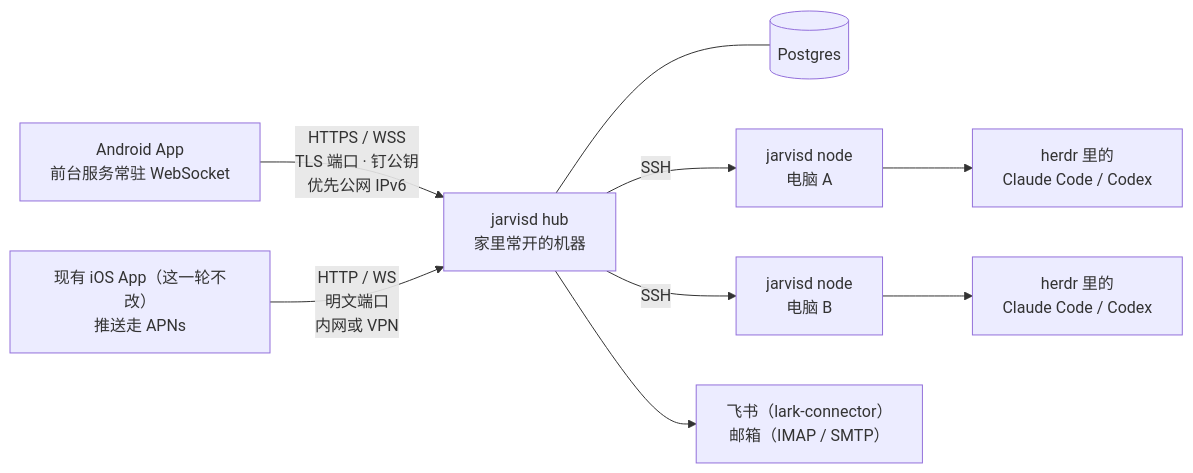
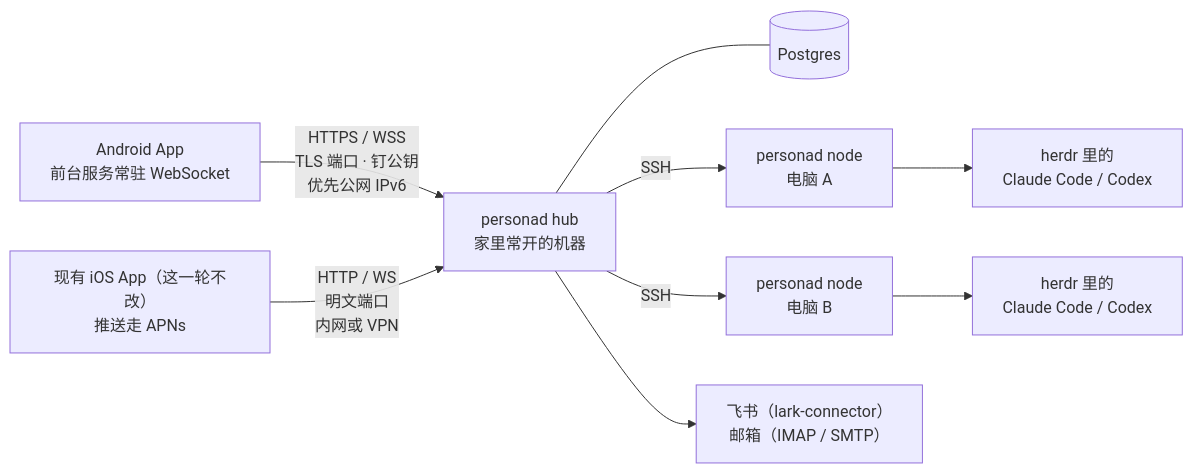
Before and after one commit to 413180794/persona: the first of 15 diagrams in docs/redesign/flows.md, drawn with Mermaid. The commit also changed other lines of this file and 99 other files, not shown here.

````diff
--- a/docs/redesign/flows.md
+++ b/docs/redesign/flows.md
@@ -31,11 +31,11 @@
 ```mermaid
 flowchart LR
-  A["Android App<br/>前台服务常驻 WebSocket"] -- "HTTPS / WSS<br/>TLS 端口 · 钉公钥<br/>优先公网 IPv6" --> H["jarvisd hub<br/>家里常开的机器"]
+  A["Android App<br/>前台服务常驻 WebSocket"] -- "HTTPS / WSS<br/>TLS 端口 · 钉公钥<br/>优先公网 IPv6" --> H["personad hub<br/>家里常开的机器"]
   I["现有 iOS App（这一轮不改）<br/>推送走 APNs"] -- "HTTP / WS<br/>明文端口<br/>内网或 VPN" --> H
   H --- P[("Postgres")]
-  H -- "SSH" --> N1["jarvisd node<br/>电脑 A"]
-  H -- "SSH" --> N2["jarvisd node<br/>电脑 B"]
+  H -- "SSH" --> N1["personad node<br/>电脑 A"]
+  H -- "SSH" --> N2["personad node<br/>电脑 B"]
   N1 --> C1["herdr 里的<br/>Claude Code / Codex"]
   N2 --> C2["herdr 里的<br/>Claude Code / Codex"]
   H --> X["飞书（lark-connector）<br/>邮箱（IMAP / SMTP）"]
 ```
````
